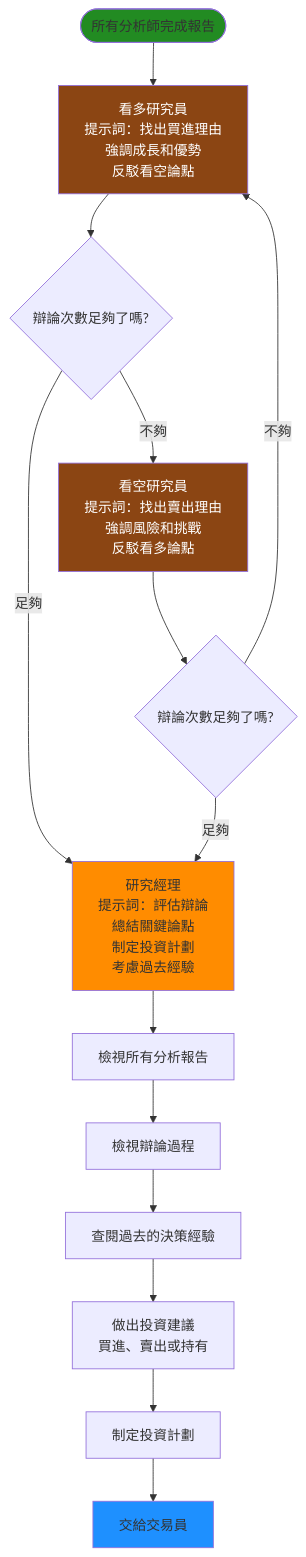
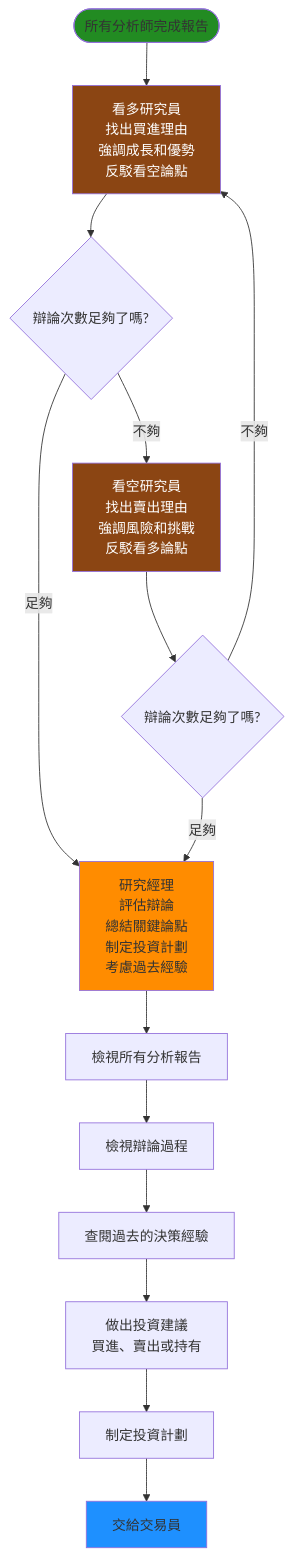
One commit to chitienshih-wq/Git_Test changed the sixth of 9 diagrams in 流程圖_簡化.md. Above: the diagram before and after it, drawn with Mermaid. The commit also changed other lines of this file, not shown here.

````diff
--- a/流程圖_簡化.md
+++ b/流程圖_簡化.md
@@ -162,27 +162,27 @@
 ```mermaid
 flowchart TD
-    Start([所有分析師完成報告]) --> BullResearcher[看多研究員<br/>提示詞：找出買進理由<br/>強調成長和優勢<br/>反駁看空論點]
+    Start([所有分析師完成報告]) --> BullResearcher[看多研究員<br/>找出買進理由<br/>強調成長和優勢<br/>反駁看空論點]
     
     BullResearcher --> CheckRounds{辯論次數足夠了嗎?}
     
-    CheckRounds -->|不夠| BearResearcher[看空研究員<br/>提示詞：找出賣出理由<br/>強調風險和挑戰<br/>反駁看多論點]
-    CheckRounds -->|足夠| ResearchManager[研究經理<br/>提示詞：評估辯論<br/>總結關鍵論點<br/>制定投資計劃<br/>考慮過去經驗]
+    CheckRounds -->|不夠| BearResearcher[看空研究員<br/>找出賣出理由<br/>強調風險和挑戰<br/>反駁看多論點]
+    CheckRounds -->|足夠| ResearchManager[研究經理<br/>評估辯論<br/>總結關鍵論點<br/>制定投資計劃<br/>考慮過去經驗]
     
     BearResearcher --> CheckRounds2{辯論次數足夠了嗎?}
     
     CheckRounds2 -->|不夠| BullResearcher
     CheckRounds2 -->|足夠| ResearchManager
     
     ResearchManager --> ReviewReports[檢視所有分析報告]
     ReviewReports --> ReviewDebate[檢視辯論過程]
     ReviewDebate --> CheckMemory[查閱過去的決策經驗]
     CheckMemory --> MakeDecision[做出投資建議<br/>買進、賣出或持有]
     MakeDecision --> CreatePlan[制定投資計劃]
     CreatePlan --> Trader[交給交易員]
     
     style Start fill:#228B22
     style ResearchManager fill:#FF8C00
     style Trader fill:#1E90FF
     style BullResearcher fill:#8B4513,color:#FFFFFF
     style BearResearcher fill:#8B4513,color:#FFFFFF
 ```
````
